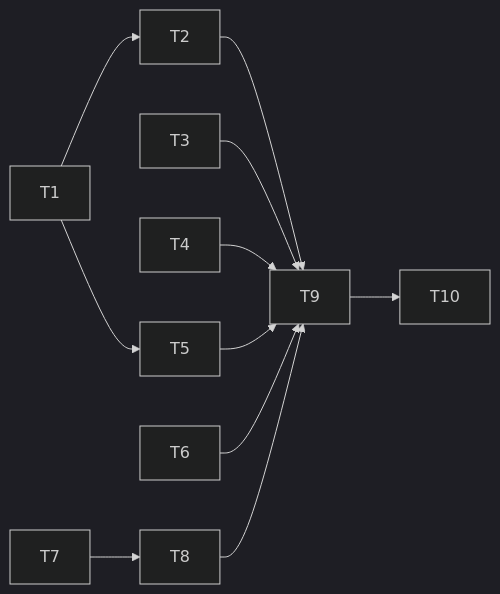
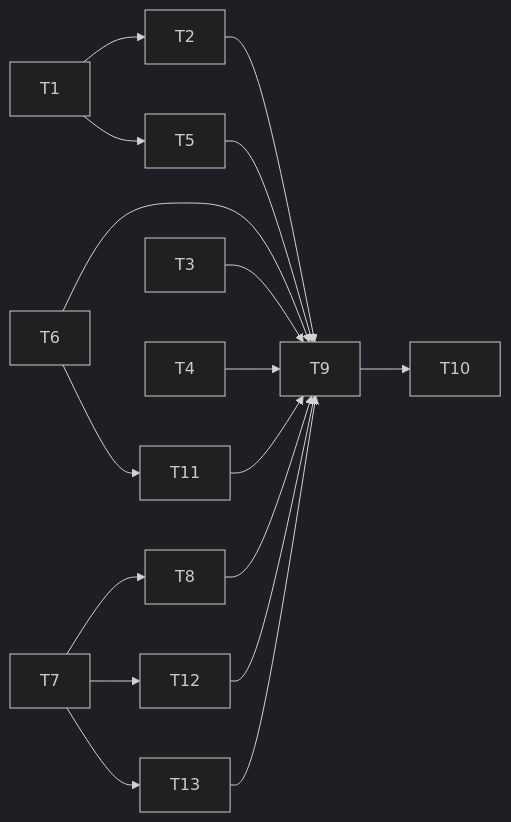
Before and after one commit to liaden/lain: the diagram in planning/specs/rust-hot-paths.md, drawn with Mermaid (dark theme). The commit also changed other lines of this file, not shown here.

````diff
--- a/planning/specs/rust-hot-paths.md
+++ b/planning/specs/rust-hot-paths.md
@@ -161,8 +161,12 @@
 ```mermaid
 flowchart LR
   T1 --> T2
   T1 --> T5
   T7 --> T8
   T2 & T3 & T4 & T5 & T6 & T8 --> T9
   T9 --> T10
+  T6 --> T11
+  T7 --> T12
+  T7 --> T13
+  T11 & T12 & T13 --> T9
 ```
````
